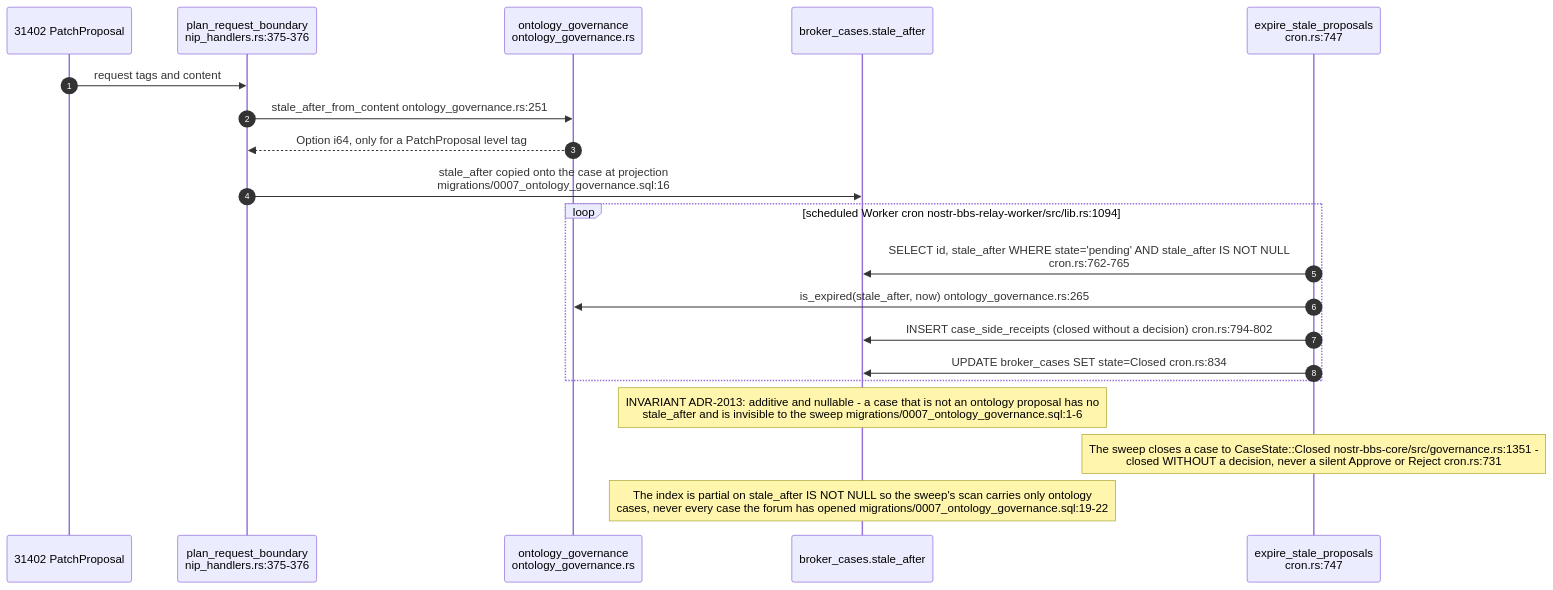
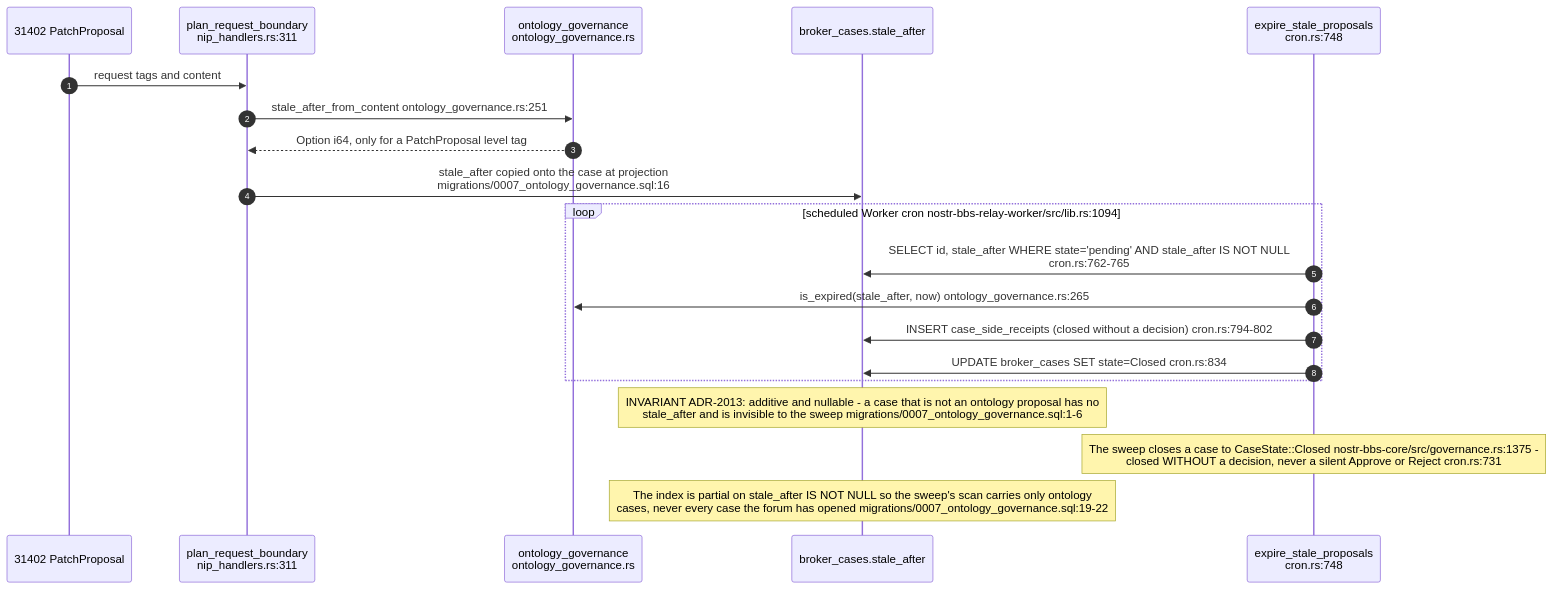
Before and after one commit to DreamLab-AI/VisionFlow: diagram 14 of 16 in docs/diagrams/nostr-rust-forum/06-agent-control-surface-31400-31405.md, drawn with Mermaid. The commit also changed other lines of this file and 111 other files, not shown here.

Commit message:
docs(diagrams): align estate maps with current source

````diff
--- a/docs/diagrams/nostr-rust-forum/06-agent-control-surface-31400-31405.md
+++ b/docs/diagrams/nostr-rust-forum/06-agent-control-surface-31400-31405.md
@@ -384,25 +384,25 @@
 ```mermaid
 sequenceDiagram
     autonumber
     participant REQ as 31402 PatchProposal
-    participant PB as plan_request_boundary<br/>nip_handlers.rs:375-376
+    participant PB as plan_request_boundary<br/>nip_handlers.rs:311
     participant OG as ontology_governance<br/>ontology_governance.rs
     participant DB as broker_cases.stale_after
-    participant CRON as expire_stale_proposals<br/>cron.rs:747
+    participant CRON as expire_stale_proposals<br/>cron.rs:748
 
     REQ->>PB: request tags and content
     PB->>OG: stale_after_from_content ontology_governance.rs:251
     OG-->>PB: Option i64, only for a PatchProposal level tag
     PB->>DB: stale_after copied onto the case at projection<br/>migrations/0007_ontology_governance.sql:16
 
     loop scheduled Worker cron nostr-bbs-relay-worker/src/lib.rs:1094
         CRON->>DB: SELECT id, stale_after WHERE state='pending' AND stale_after IS NOT NULL<br/>cron.rs:762-765
         CRON->>OG: is_expired(stale_after, now) ontology_governance.rs:265
         CRON->>DB: INSERT case_side_receipts (closed without a decision) cron.rs:794-802
         CRON->>DB: UPDATE broker_cases SET state=Closed cron.rs:834
     end
 
     Note over DB: INVARIANT ADR-2013: additive and nullable - a case that is not an ontology proposal has no<br/>stale_after and is invisible to the sweep migrations/0007_ontology_governance.sql:1-6
-    Note over CRON: The sweep closes a case to CaseState::Closed nostr-bbs-core/src/governance.rs:1351 -<br/>closed WITHOUT a decision, never a silent Approve or Reject cron.rs:731
+    Note over CRON: The sweep closes a case to CaseState::Closed nostr-bbs-core/src/governance.rs:1375 -<br/>closed WITHOUT a decision, never a silent Approve or Reject cron.rs:731
     Note over DB: The index is partial on stale_after IS NOT NULL so the sweep's scan carries only ontology<br/>cases, never every case the forum has opened migrations/0007_ontology_governance.sql:19-22
 ```
````
